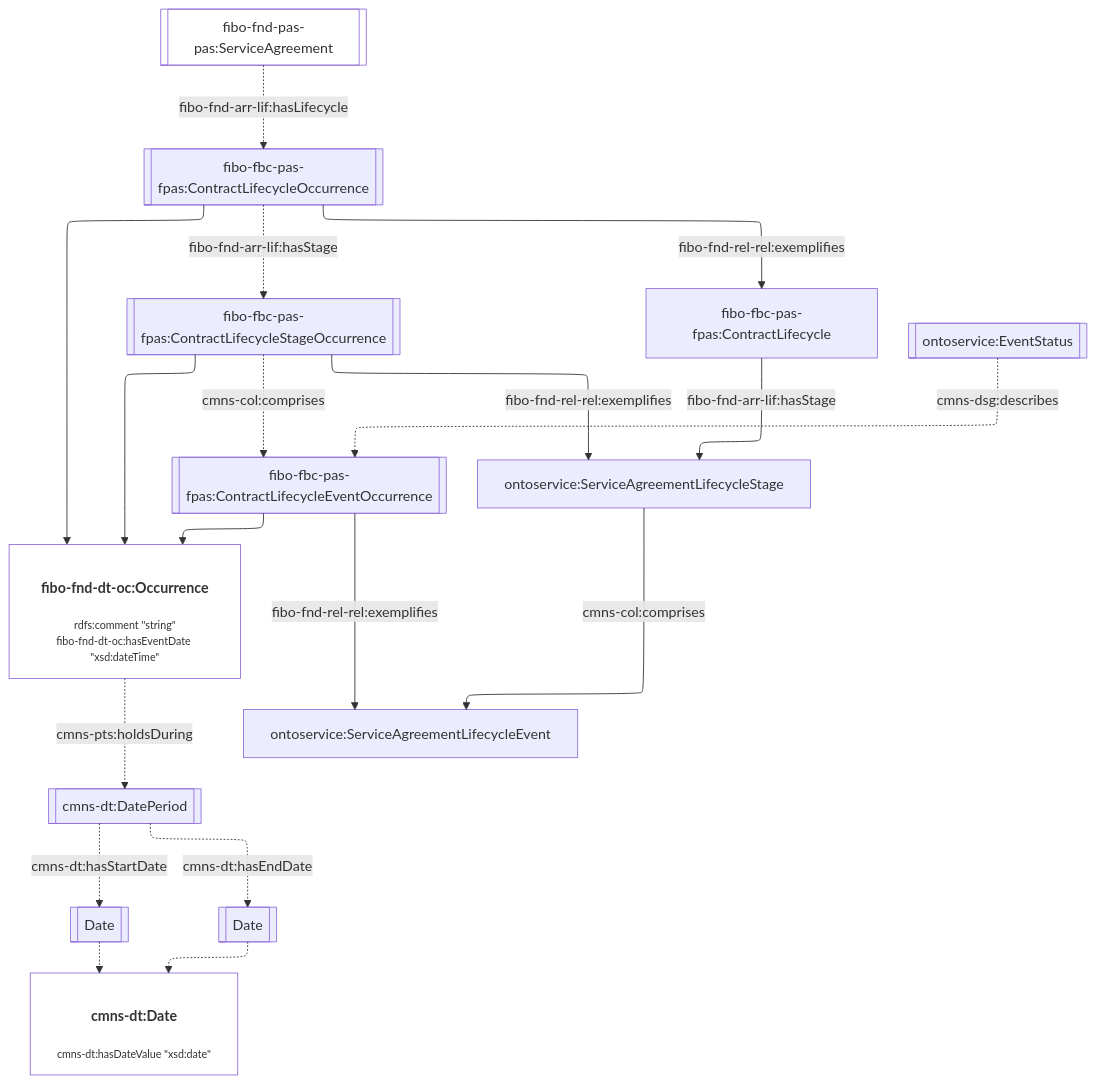
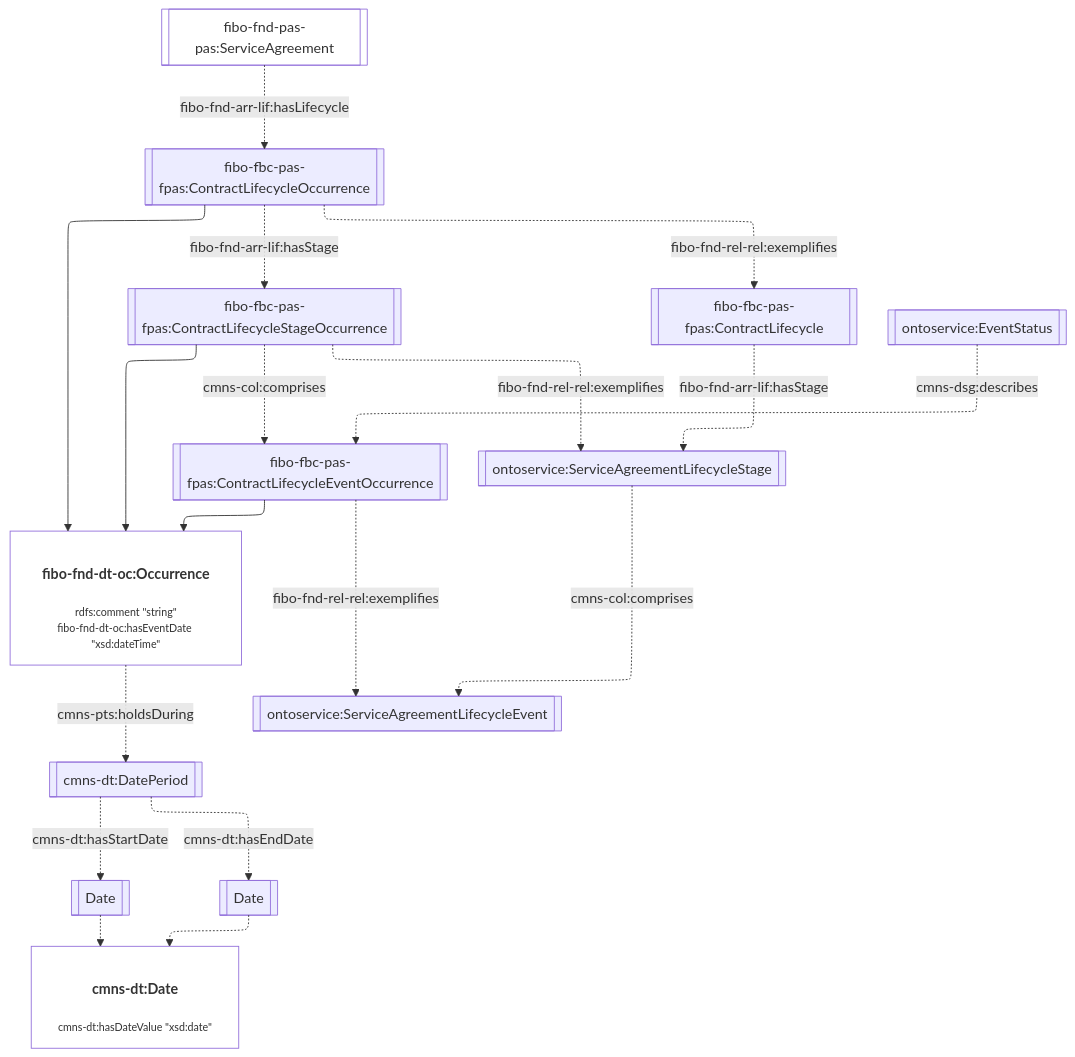
The sixth of 12 diagrams in JPS_Ontology/ontology/ontoservice/README.md (cambridge-cares/TheWorldAvatar), drawn with Mermaid before and after one commit. The commit also changed other lines of this file and 2 other files, not shown here.

Commit message:
dev-service-execution-ontology-extension: update documentation based on review comments

````diff
--- a/JPS_Ontology/ontology/ontoservice/README.md
+++ b/JPS_Ontology/ontology/ontoservice/README.md
@@ -256,31 +254,31 @@
 ```mermaid
 %%{init: {"flowchart": {"defaultRenderer": "elk"}} }%%
 flowchart TD
     %% Styling
     classDef literal fill:none
     classDef node overflow-wrap:break-word,text-wrap:pretty
     linkStyle default overflow-wrap:break-word,text-wrap:pretty;
 
     %% Contents
     Agreement[[fibo-fnd-pas-pas:ServiceAgreement]]:::literal -. fibo-fnd-arr-lif:hasLifecycle .-> LifecycleOccurrence[[fibo-fbc-pas-fpas:ContractLifecycleOccurrence]]
     LifecycleOccurrence -. fibo-fnd-arr-lif:hasStage .-> StageOccurrence[[fibo-fbc-pas-fpas:ContractLifecycleStageOccurrence]]
     StageOccurrence -. cmns-col:comprises .-> EventOccurrence[[fibo-fbc-pas-fpas:ContractLifecycleEventOccurrence]]
 
-    LifecycleOccurrence -- fibo-fnd-rel-rel:exemplifies --> Lifecycle[fibo-fbc-pas-fpas:ContractLifecycle]
-    StageOccurrence -- fibo-fnd-rel-rel:exemplifies --> Stage[ontoservice:ServiceAgreementLifecycleStage]
-    EventOccurrence -- fibo-fnd-rel-rel:exemplifies --> Event[ontoservice:ServiceAgreementLifecycleEvent]
+    LifecycleOccurrence -. fibo-fnd-rel-rel:exemplifies .-> Lifecycle[[fibo-fbc-pas-fpas:ContractLifecycle]]
+    StageOccurrence -. fibo-fnd-rel-rel:exemplifies .-> Stage[[ontoservice:ServiceAgreementLifecycleStage]]
+    EventOccurrence -. fibo-fnd-rel-rel:exemplifies .-> Event[[ontoservice:ServiceAgreementLifecycleEvent]]
 
-    Lifecycle -- fibo-fnd-arr-lif:hasStage --> Stage
-    Stage -- cmns-col:comprises --> Event
+    Lifecycle -. fibo-fnd-arr-lif:hasStage .-> Stage
+    Stage -. cmns-col:comprises .-> Event
 
     LifecycleOccurrence --> Occurrence["<h4>fibo-fnd-dt-oc:Occurrence</h4><p style='font-size:0.75rem;'>rdfs:comment &quot;string&quot;<br>fibo-fnd-dt-oc:hasEventDate &quot;xsd:dateTime&quot;</p>"]:::literal
     StageOccurrence --> Occurrence
     EventOccurrence --> Occurrence
     Occurrence -. cmns-pts:holdsDuring .-> DatePeriod[[cmns-dt:DatePeriod]]
     DatePeriod -. cmns-dt:hasStartDate .-> StartDate[[Date]]
     DatePeriod -. cmns-dt:hasEndDate .-> EndDate[[Date]]
     StartDate -.-> Date["<h4>cmns-dt:Date</h4><p style='font-size:0.75rem;'>cmns-dt:hasDateValue &quot;xsd:date&quot;</p>"]:::literal
     EndDate -.-> Date
 
     EventStatus[[ontoservice:EventStatus]] -. cmns-dsg:describes .-> EventOccurrence
 ```
````
